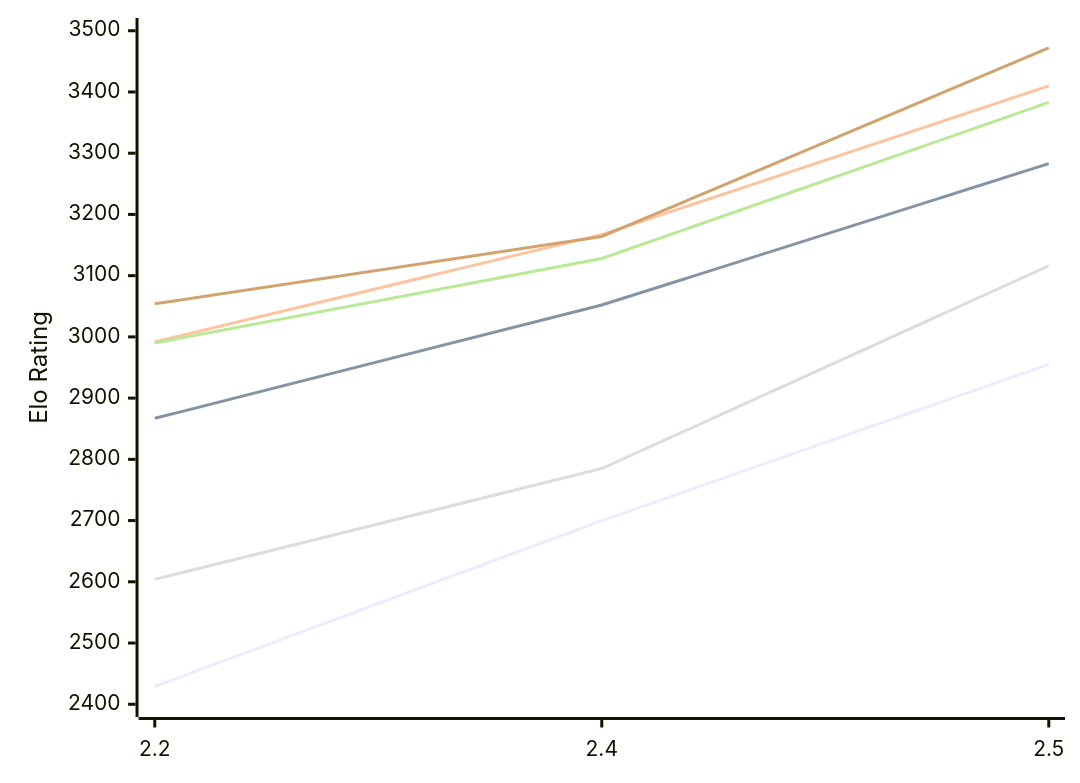
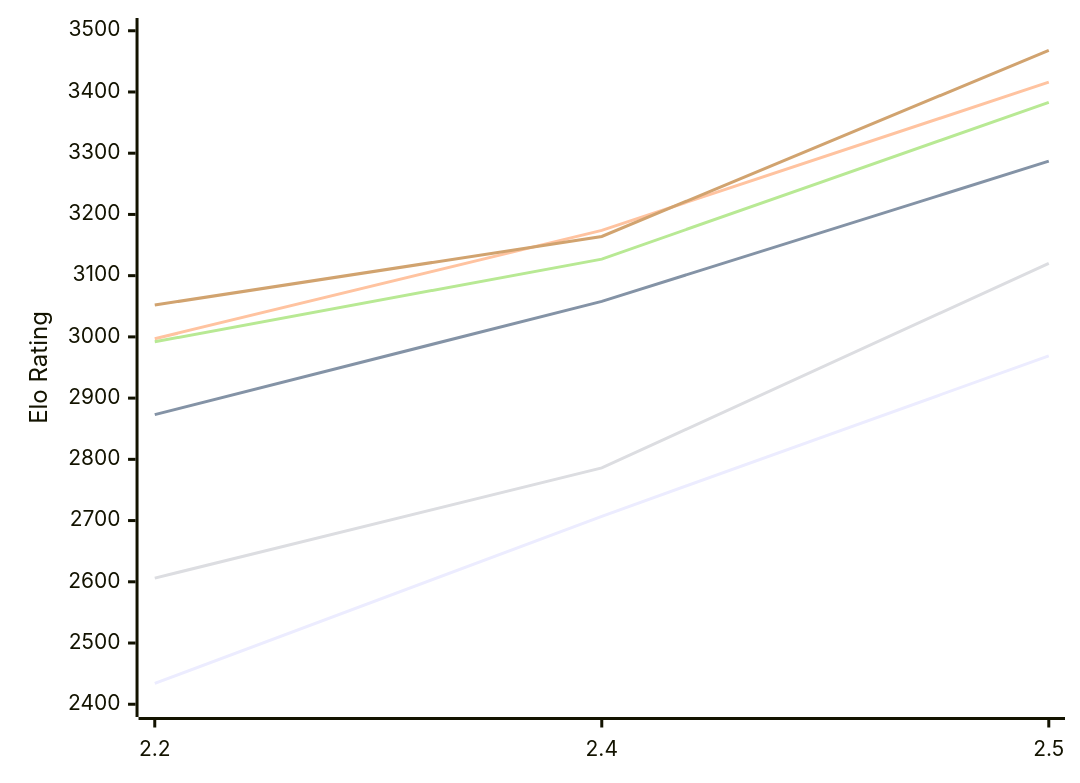
The first of 2 diagrams in engines/Sloth.md (computer-chess-index/cci), drawn with Mermaid before and after one commit. The commit also changed other lines of this file, not shown here.

Commit message:
Update CCI Ratings (ELO VLTC) - 2026-11-10

````diff
--- a/engines/Sloth.md
+++ b/engines/Sloth.md
@@ -52,12 +52,12 @@
 ```mermaid
 %%{init: {"theme":"base","themeVariables":{"seriesColors:['#a3a3a3','#222221','#faa371']}}}%%
 xychart-beta
   x-axis ["2.2", "2.4", "2.5"]
   y-axis "Elo Rating" 2400 --> 3500
-  line "E1: STC (8.0+0.08s)" [2429, 2700, 2955]
-  line "E1: LTC (60.0+0.60s)" [2867, 3052, 3283]
-  line "E1: VLTC (2m24s+1.12s)" [2992, 3167, 3410]
-  line "P1: STC (8.0+0.08s)" [2604, 2785, 3116]
-  line "P1: LTC (60.0+0.60s)" [2990, 3128, 3383]
-  line "P1: VLTC (2m24s+1.12s)" [3054, 3164, 3472]
+  line "E1: STC (8.0+0.08s)" [2434, 2707, 2969]
+  line "E1: LTC (60.0+0.60s)" [2873, 3058, 3287]
+  line "E1: VLTC (2m24s+1.12s)" [2997, 3174, 3416]
+  line "P1: STC (8.0+0.08s)" [2606, 2786, 3120]
+  line "P1: LTC (60.0+0.60s)" [2992, 3127, 3383]
+  line "P1: VLTC (2m24s+1.12s)" [3052, 3164, 3468]
 ```
````
